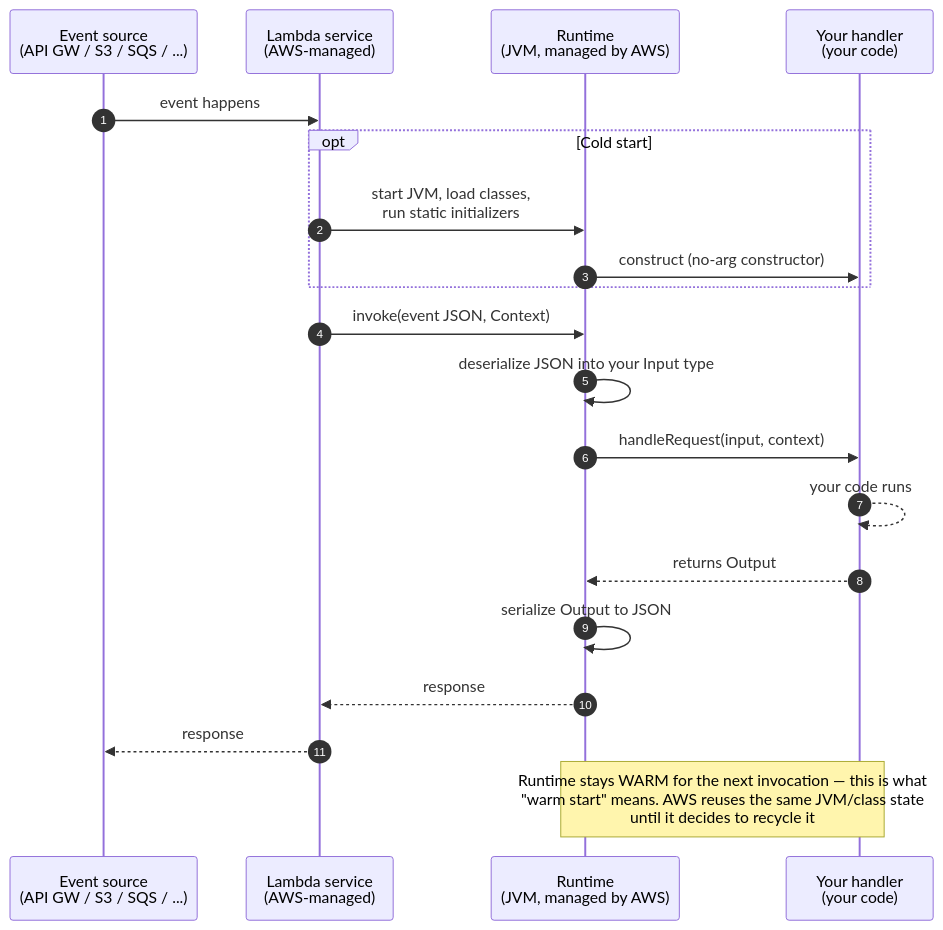
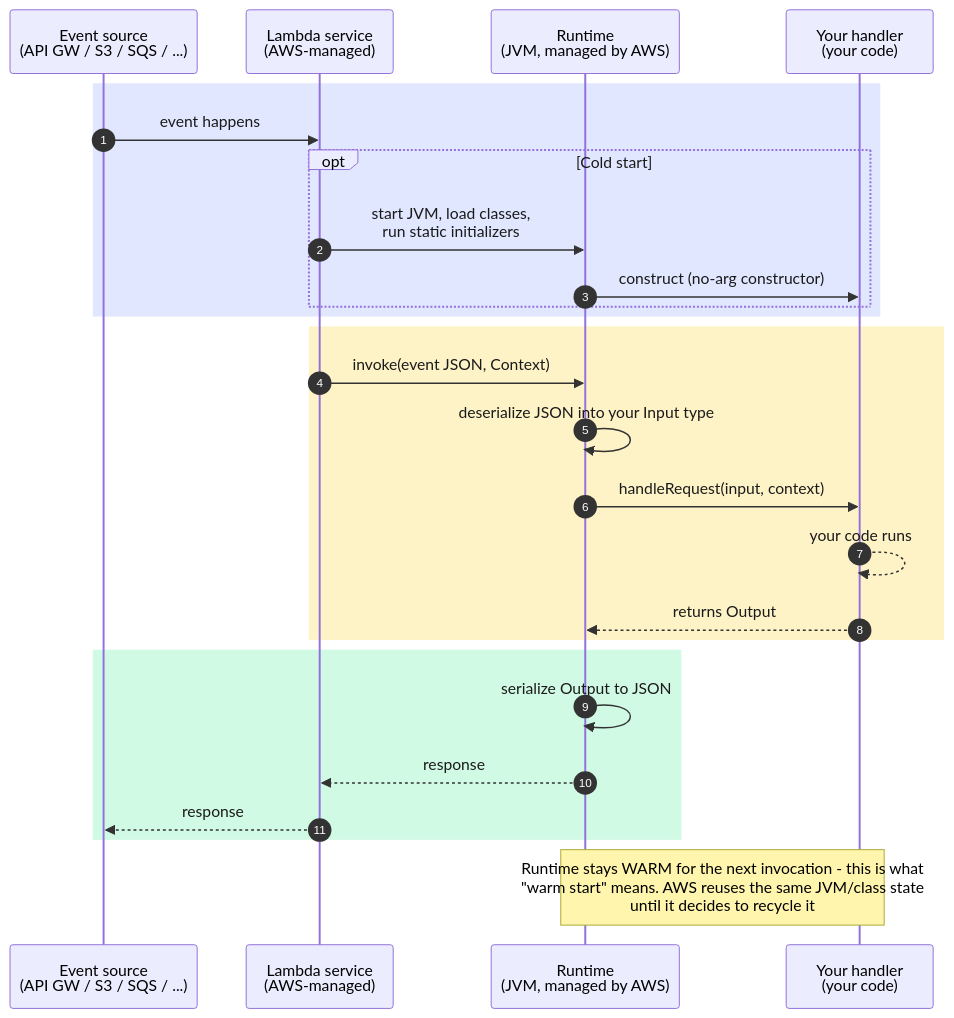
One commit to Pratyush576/CodingPractice changed the first of 2 diagrams in lib/src/main/java/org/pk/practices/aws/lambda/README.md. Above: the diagram before and after it, drawn with Mermaid. The commit also changed other lines of this file and 5 other files, not shown here.

Commit message:
Enhanced the diagrams

````diff
--- a/lib/src/main/java/org/pk/practices/aws/lambda/README.md
+++ b/lib/src/main/java/org/pk/practices/aws/lambda/README.md
@@ -39,23 +39,30 @@
 ```mermaid
+%%{init: {'themeVariables': {'signalTextColor': '#1a1a1a', 'loopTextColor': '#1a1a1a'}}}%%
 sequenceDiagram
     autonumber
     participant Source as Event source<br/>(API GW / S3 / SQS / ...)
     participant Service as Lambda service<br/>(AWS-managed)
     participant Runtime as Runtime<br/>(JVM, managed by AWS)
     participant Handler as Your handler<br/>(your code)
 
+    rect rgb(224, 231, 255)
     Source->>Service: event happens
     opt Cold start
         Service->>Runtime: start JVM, load classes,<br/>run static initializers
         Runtime->>Handler: construct (no-arg constructor)
     end
+    end
+    rect rgb(254, 243, 199)
     Service->>Runtime: invoke(event JSON, Context)
     Runtime->>Runtime: deserialize JSON into your Input type
     Runtime->>Handler: handleRequest(input, context)
     Handler-->>Handler: your code runs
     Handler-->>Runtime: returns Output
+    end
+    rect rgb(209, 250, 229)
     Runtime->>Runtime: serialize Output to JSON
     Runtime-->>Service: response
     Service-->>Source: response
-    Note over Runtime,Handler: Runtime stays WARM for the next invocation — this is what<br/>"warm start" means. AWS reuses the same JVM/class state<br/>until it decides to recycle it
+    end
+    Note over Runtime,Handler: Runtime stays WARM for the next invocation - this is what<br/>"warm start" means. AWS reuses the same JVM/class state<br/>until it decides to recycle it
 ```
````
